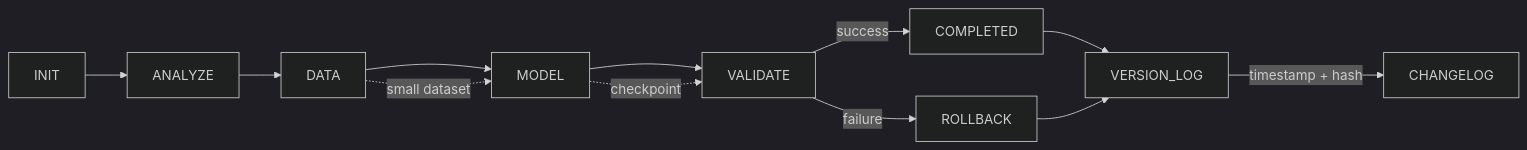
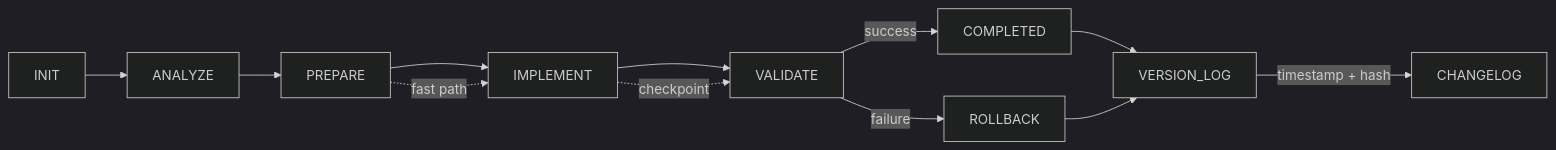
The diagram in workflow_state.md (kleosr/cursorkleosr), drawn with Mermaid (dark theme) before and after one commit. The commit also changed other lines of this file and 1 other file, not shown here.

````diff
--- a/workflow_state.md
+++ b/workflow_state.md
@@ -64,11 +65,11 @@
 ```mermaid
 graph LR
-    INIT --> ANALYZE --> DATA --> MODEL --> VALIDATE
+    INIT --> ANALYZE --> PREPARE --> IMPLEMENT --> VALIDATE
     VALIDATE -->|success| COMPLETED
     VALIDATE -->|failure| ROLLBACK
-    DATA -.->|small dataset| MODEL
-    MODEL -.->|checkpoint| VALIDATE
+    PREPARE -.->|fast path| IMPLEMENT
+    IMPLEMENT -.->|checkpoint| VALIDATE
     COMPLETED --> VERSION_LOG
     ROLLBACK --> VERSION_LOG
     VERSION_LOG -->|timestamp + hash| CHANGELOG
 ```
````
